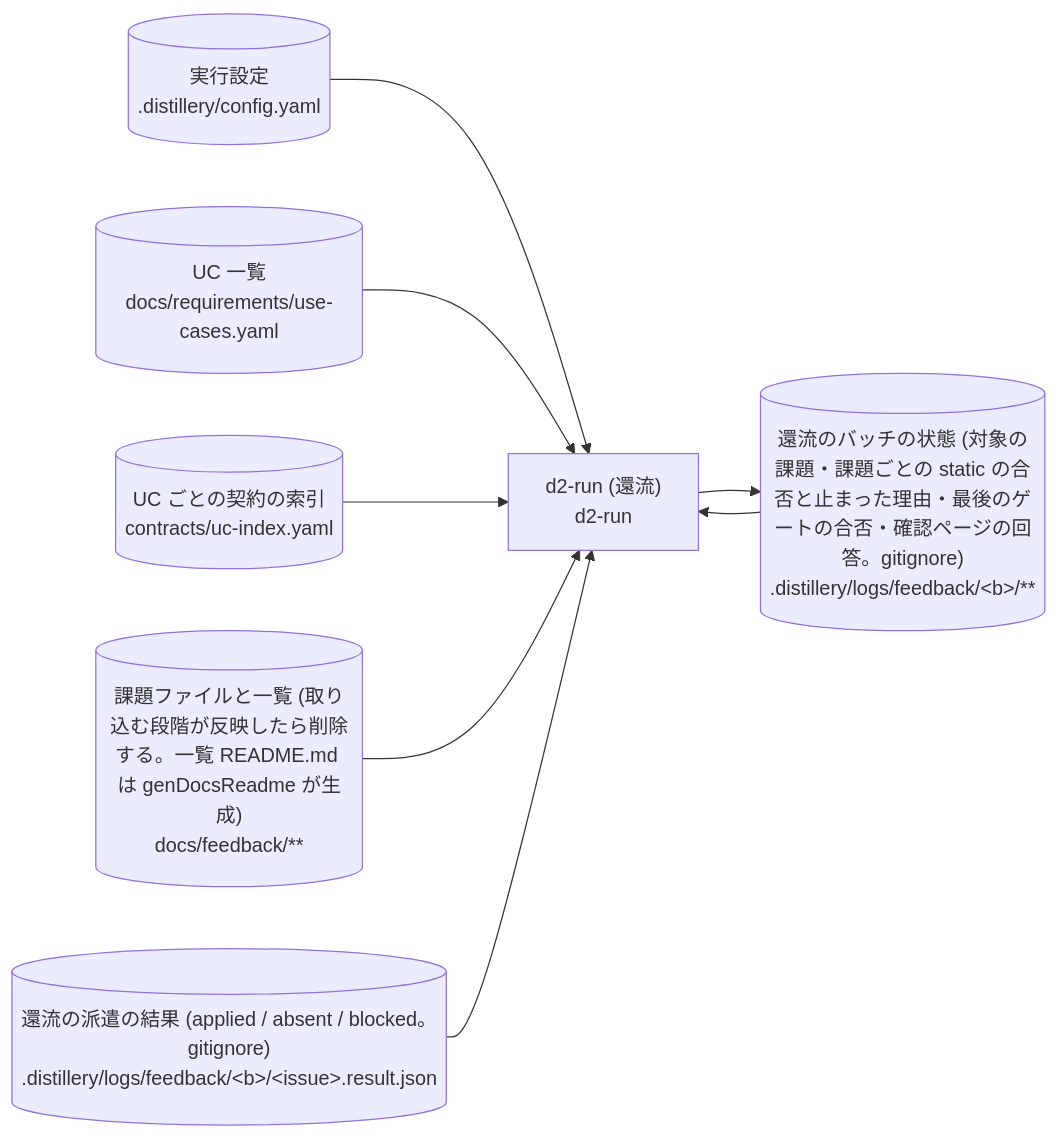
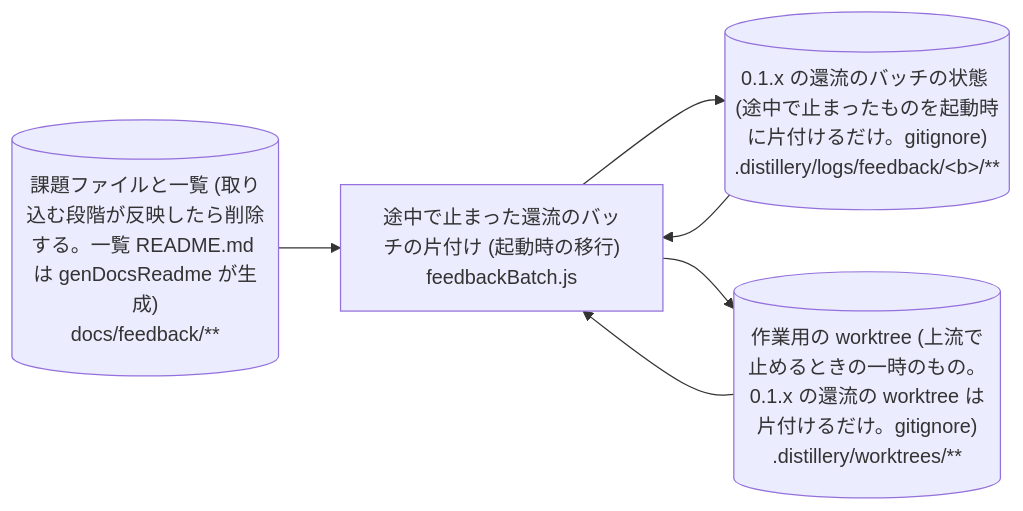
Before and after one commit to suwa-sh/suwa-sh-claude-plugins: diagram 32 of 50 in plugins/distillery2/skills/d2-common/references/dataflow.md, drawn with Mermaid. The commit also changed other lines of this file and 12 other files, not shown here.

````diff
--- a/plugins/distillery2/skills/d2-common/references/dataflow.md
+++ b/plugins/distillery2/skills/d2-common/references/dataflow.md
@@ -765,17 +840,12 @@
 ```mermaid
 flowchart LR
-  p_run_feedback["d2-run (還流)<br/>d2-run"]
-  s_config[("実行設定<br/>.distillery/config.yaml")]
-  s_use_cases[("UC 一覧<br/>docs/requirements/use-cases.yaml")]
-  s_uc_index[("UC ごとの契約の索引<br/>contracts/uc-index.yaml")]
+  p_run_migrate_batch["途中で止まった還流のバッチの片付け (起動時の移行)<br/>feedbackBatch.js"]
+  s_feedback_batch[("0.1.x の還流のバッチの状態 (途中で止まったものを起動時に片付けるだけ。gitignore)<br/>.distillery/logs/feedback/#lt;b#gt;/**")]
+  s_worktrees[("作業用の worktree (上流で止めるときの一時のもの。0.1.x の還流の worktree は片付けるだけ。gitignore)<br/>.distillery/worktrees/**")]
   s_feedback_docs[("課題ファイルと一覧 (取り込む段階が反映したら削除する。一覧 README.md は genDocsReadme が生成)<br/>docs/feedback/**")]
-  s_feedback_batch[("還流のバッチの状態 (対象の課題・課題ごとの static の合否と止まった理由・最後のゲートの合否・確認ページの回答。gitignore)<br/>.distillery/logs/feedback/#lt;b#gt;/**")]
-  s_feedback_result[("還流の派遣の結果 (applied / absent / blocked。gitignore)<br/>.distillery/logs/feedback/#lt;b#gt;/#lt;issue#gt;.result.json")]
-  s_config --> p_run_feedback
-  s_use_cases --> p_run_feedback
-  s_uc_index --> p_run_feedback
-  s_feedback_docs --> p_run_feedback
-  s_feedback_batch --> p_run_feedback
-  s_feedback_result --> p_run_feedback
-  p_run_feedback --> s_feedback_batch
+  s_feedback_batch --> p_run_migrate_batch
+  s_worktrees --> p_run_migrate_batch
+  s_feedback_docs --> p_run_migrate_batch
+  p_run_migrate_batch --> s_feedback_batch
+  p_run_migrate_batch --> s_worktrees
 ```
````
